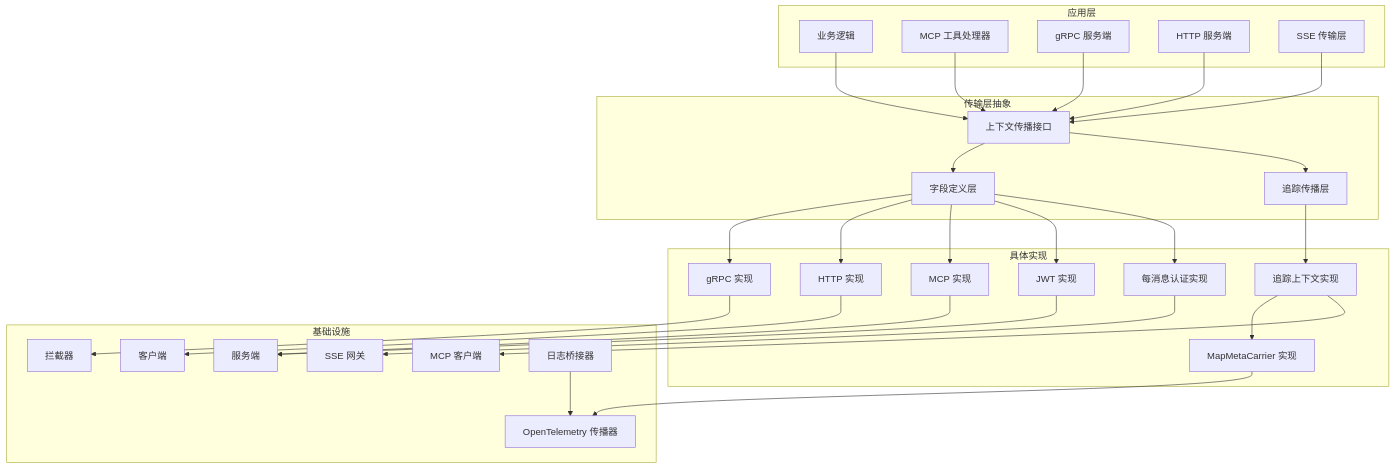
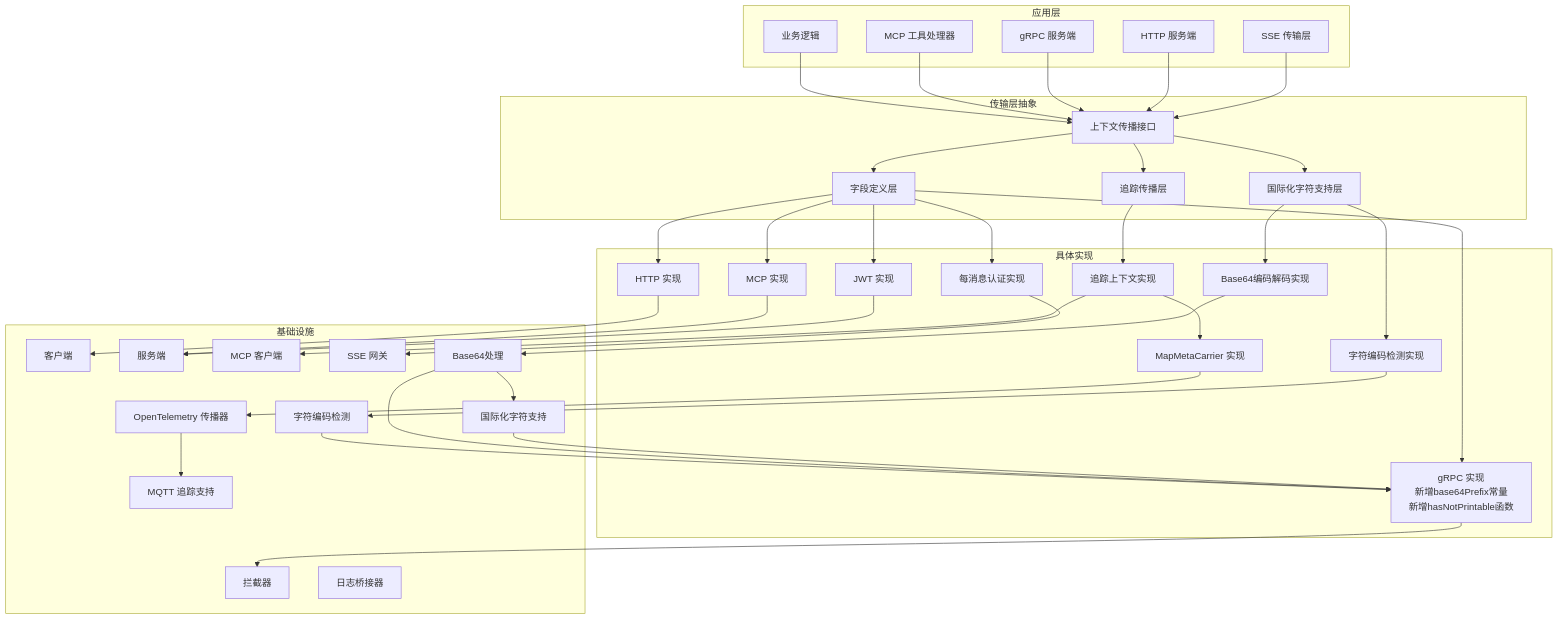
Before and after one commit to maomao94/zero-service: the second of 17 diagrams in .qoder/repowiki/zh/content/Ctxprop Package.md, drawn with Mermaid. The commit also changed other lines of this file and 42 other files, not shown here.

````diff
--- a/.qoder/repowiki/zh/content/Ctxprop Package.md
+++ b/.qoder/repowiki/zh/content/Ctxprop Package.md
@@ -147,55 +154,71 @@
 ```mermaid
 graph TB
 subgraph "应用层"
 A[业务逻辑]
 B[MCP 工具处理器]
 C[gRPC 服务端]
 D[HTTP 服务端]
 E[SSE 传输层]
 end
 subgraph "传输层抽象"
 F[上下文传播接口]
 G[字段定义层]
 H[追踪传播层]
+I[国际化字符支持层]
 end
 subgraph "具体实现"
-I[gRPC 实现]
-J[HTTP 实现]
-K[MCP 实现]
-L[JWT 实现]
-M[每消息认证实现]
-N[追踪上下文实现]
-O[MapMetaCarrier 实现]
+J[gRPC 实现<br/>新增base64Prefix常量<br/>新增hasNotPrintable函数]
+K[HTTP 实现]
+L[MCP 实现]
+M[JWT 实现]
+N[每消息认证实现]
+O[追踪上下文实现]
+P[MapMetaCarrier 实现]
+Q[Base64编码解码实现]
+R[字符编码检测实现]
 end
 subgraph "基础设施"
-P[拦截器]
-Q[客户端]
-R[服务端]
-S[MCP 客户端]
-T[SSE 网关]
-U[日志桥接器]
-V[OpenTelemetry 传播器]
+S[拦截器]
+T[客户端]
+U[服务端]
+V[MCP 客户端]
+W[SSE 网关]
+X[日志桥接器]
+Y[OpenTelemetry 传播器]
+Z[MQTT 追踪支持]
+AA[字符编码检测]
+BB[Base64处理]
+CC[国际化字符支持]
 end
 A --> F
 B --> F
 C --> F
 D --> F
 E --> F
 F --> G
 F --> H
-G --> I
+F --> I
 G --> J
 G --> K
 G --> L
 G --> M
-H --> N
-N --> O
+G --> N
+H --> O
+I --> Q
+I --> R
+O --> P
+P --> Y
+Q --> BB
+R --> AA
+BB --> CC
+J --> S
+K --> T
+L --> U
+M --> U
+N --> W
 O --> V
-I --> P
-J --> Q
-K --> R
-L --> R
-M --> T
-N --> S
-U --> V
+Y --> Z
+AA --> J
+BB --> J
+CC --> J
 ```
````
